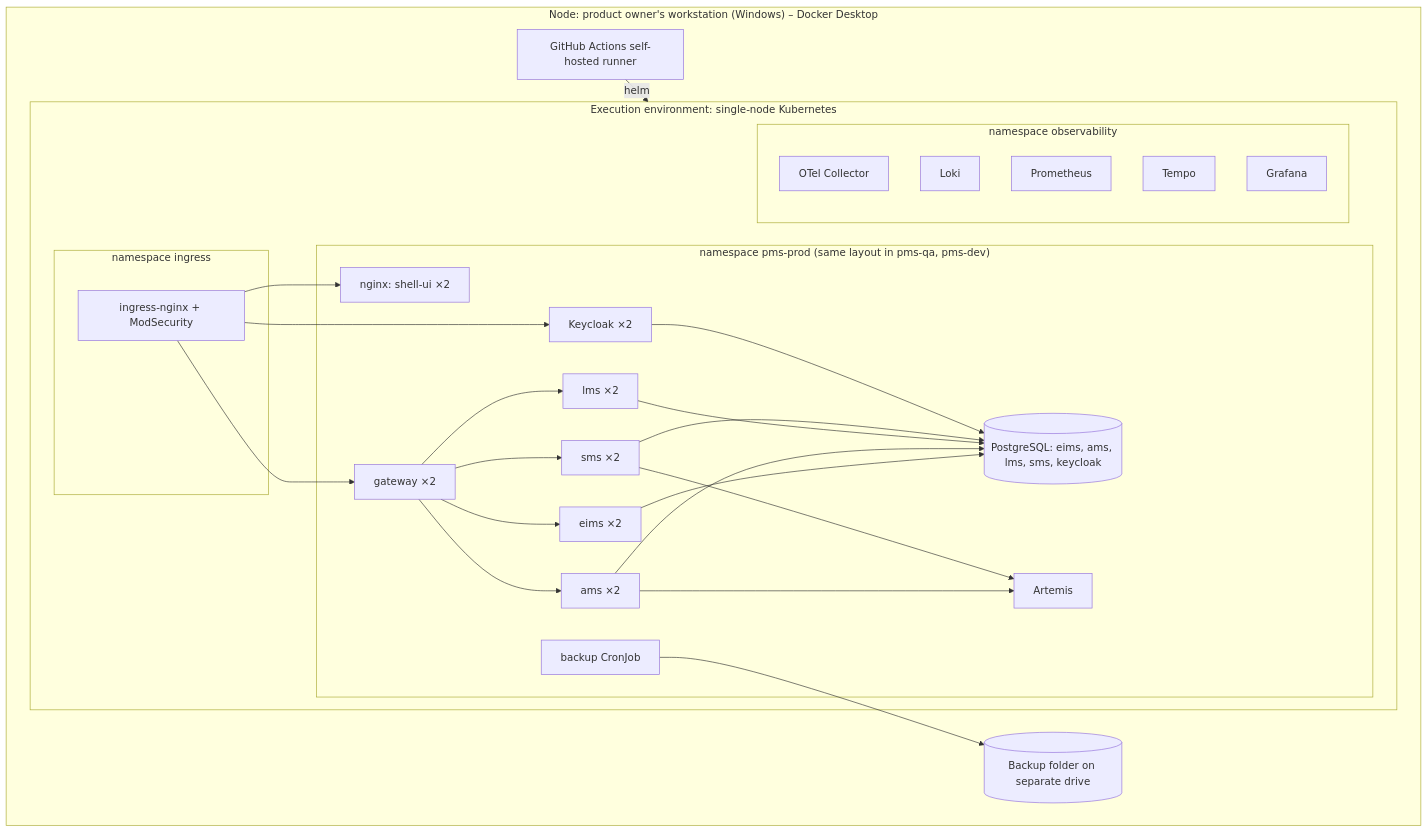
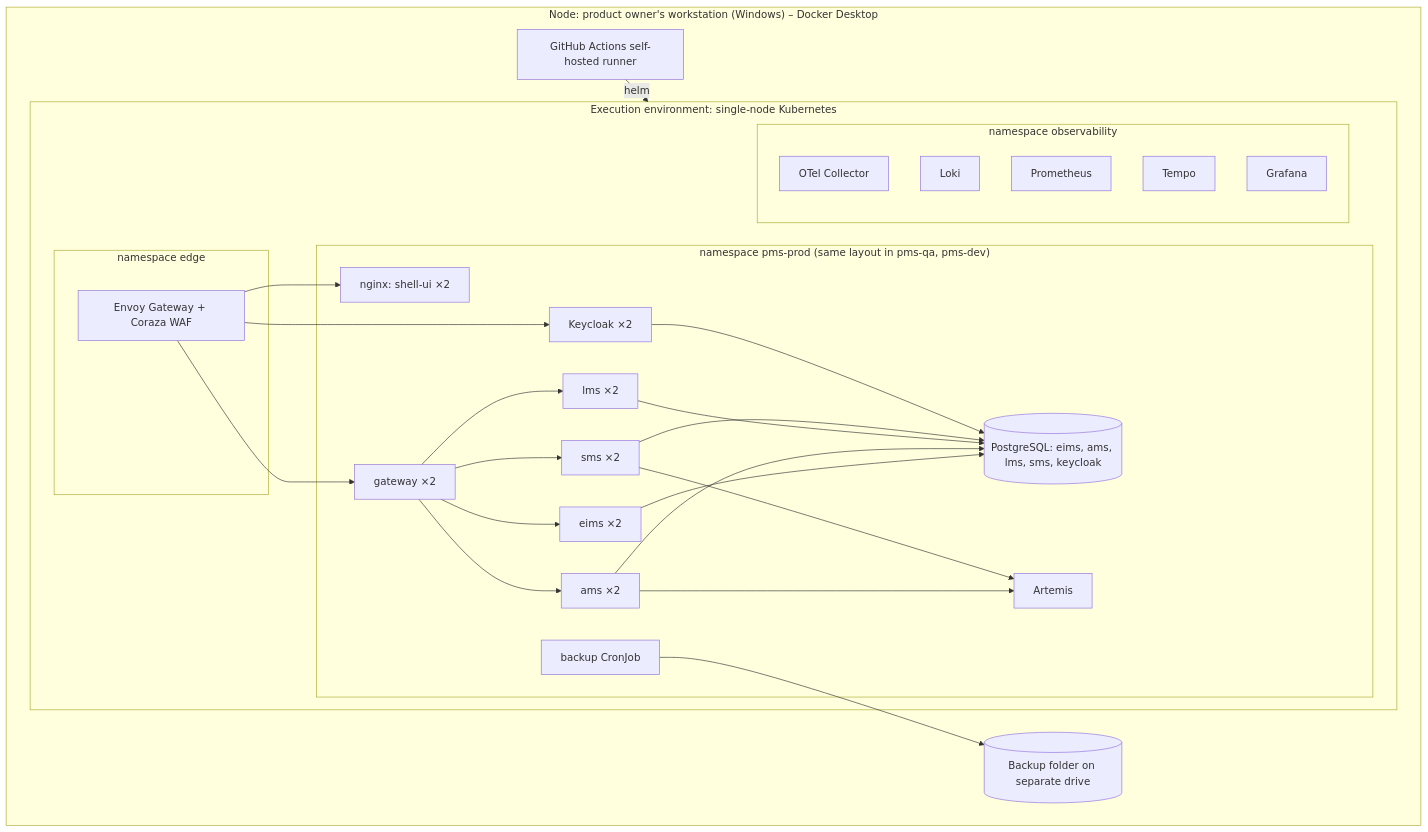
One commit to cp-rajeshverma/PMS changed the seventh of 12 diagrams in docs/03-hld/PMS-HLD-Part01-Architecture-and-Design.md. Above: the diagram before and after it, drawn with Mermaid. The commit also changed other lines of this file and 3 other files, not shown here.

````diff
--- a/docs/03-hld/PMS-HLD-Part01-Architecture-and-Design.md
+++ b/docs/03-hld/PMS-HLD-Part01-Architecture-and-Design.md
@@ -478,27 +480,27 @@
 ```mermaid
 flowchart TB
   subgraph HOST["Node: product owner's workstation (Windows) – Docker Desktop"]
     subgraph K8S["Execution environment: single-node Kubernetes"]
-      subgraph NSI["namespace ingress"]
-        ING["ingress-nginx + ModSecurity"]
+      subgraph NSI["namespace edge"]
+        ING["Envoy Gateway + Coraza WAF"]
       end
       subgraph NSP["namespace pms-prod (same layout in pms-qa, pms-dev)"]
         WEB["nginx: shell-ui ×2"]; GW["gateway ×2"]; KC["Keycloak ×2"]
         EI["eims ×2"]; AM["ams ×2"]; LM["lms ×2"]; SM["sms ×2"]
         PG[("PostgreSQL: eims, ams, lms, sms, keycloak")]; MQ["Artemis"]
         BJ["backup CronJob"]
       end
       subgraph NSO["namespace observability"]
         OT["OTel Collector"]; LK["Loki"]; PR["Prometheus"]; TP["Tempo"]; GF["Grafana"]
       end
     end
     RUN["GitHub Actions self-hosted runner"]
     BAK[("Backup folder on separate drive")]
   end
   ING --> WEB & GW & KC
   GW --> EI & AM & LM & SM
   EI & AM & LM & SM & KC --> PG
   AM & SM --> MQ
   BJ --> BAK
   RUN -- helm --> K8S
 ```
````
